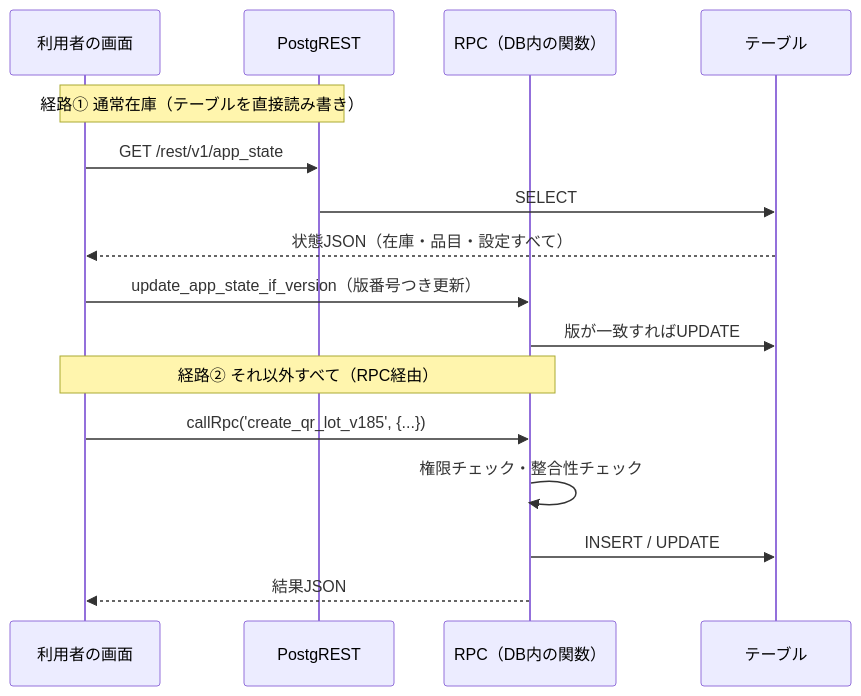
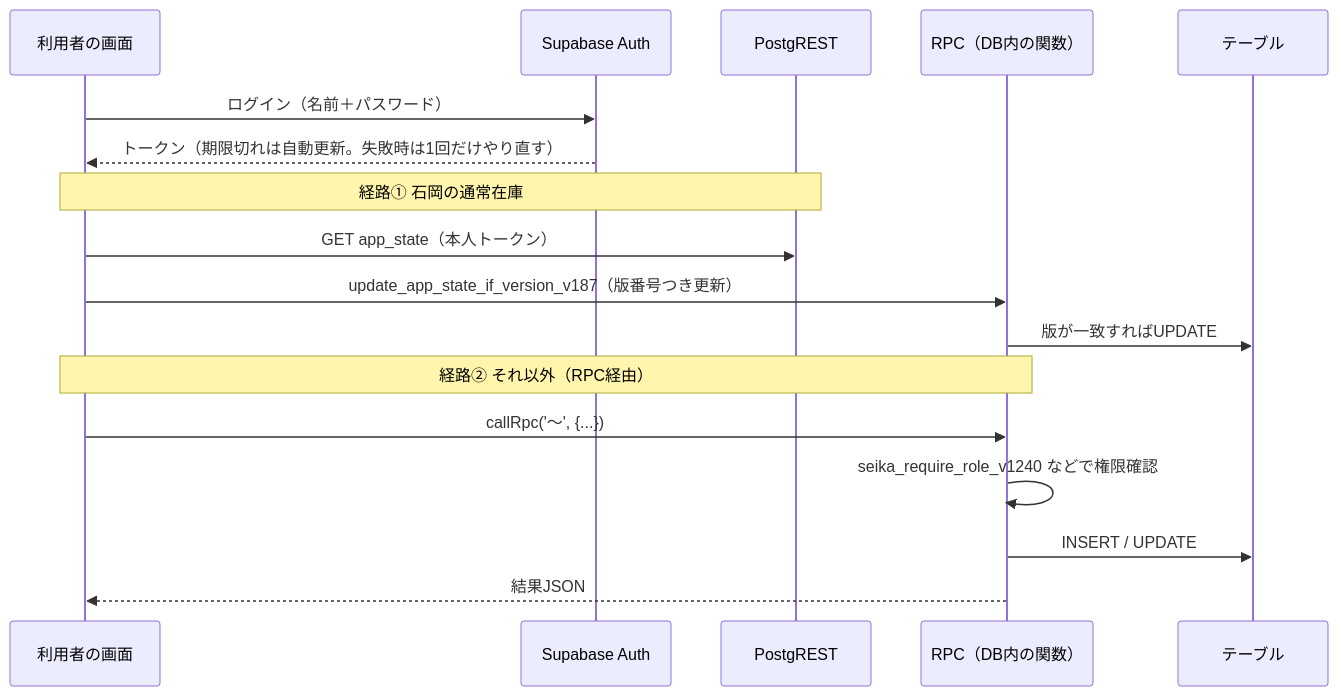
One commit to kk-seki/seika-plus changed the second of 2 diagrams in DOCS/開発記録・仕様書.md. Above: the diagram before and after it, drawn with Mermaid. The commit also changed other lines of this file, not shown here.

````diff
--- a/DOCS/開発記録・仕様書.md
+++ b/DOCS/開発記録・仕様書.md
@@ -300,20 +275,20 @@
 ```mermaid
 sequenceDiagram
   participant U as 利用者の画面
+  participant A as Supabase Auth
   participant P as PostgREST
   participant R as RPC（DB内の関数）
   participant D as テーブル
 
-  Note over U,P: 経路① 通常在庫（テーブルを直接読み書き）
-  U->>P: GET /rest/v1/app_state
-  P->>D: SELECT
-  D-->>U: 状態JSON（在庫・品目・設定すべて）
-  U->>R: update_app_state_if_version（版番号つき更新）
+  U->>A: ログイン（名前＋パスワード）
+  A-->>U: トークン（期限切れは自動更新。失敗時は1回だけやり直す）
+  Note over U,P: 経路① 石岡の通常在庫
+  U->>P: GET app_state（本人トークン）
+  U->>R: update_app_state_if_version_v187（版番号つき更新）
   R->>D: 版が一致すればUPDATE
-
-  Note over U,R: 経路② それ以外すべて（RPC経由）
-  U->>R: callRpc('create_qr_lot_v185', {...})
-  R->>R: 権限チェック・整合性チェック
+  Note over U,R: 経路② それ以外（RPC経由）
+  U->>R: callRpc('〜', {...})
+  R->>R: seika_require_role_v1240 などで権限確認
   R->>D: INSERT / UPDATE
   R-->>U: 結果JSON
 ```
````
